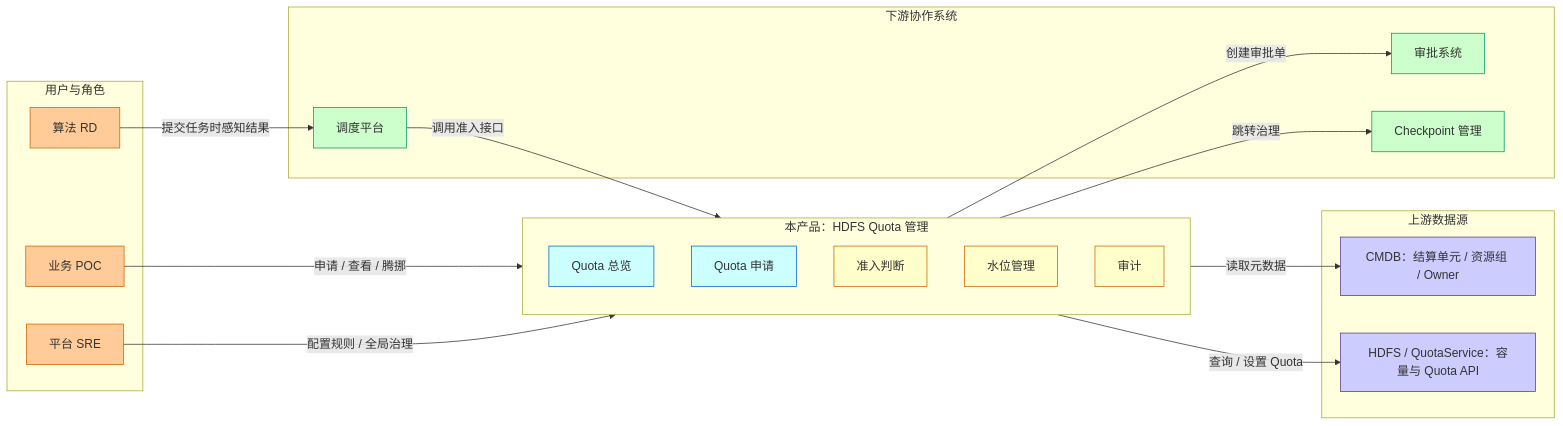
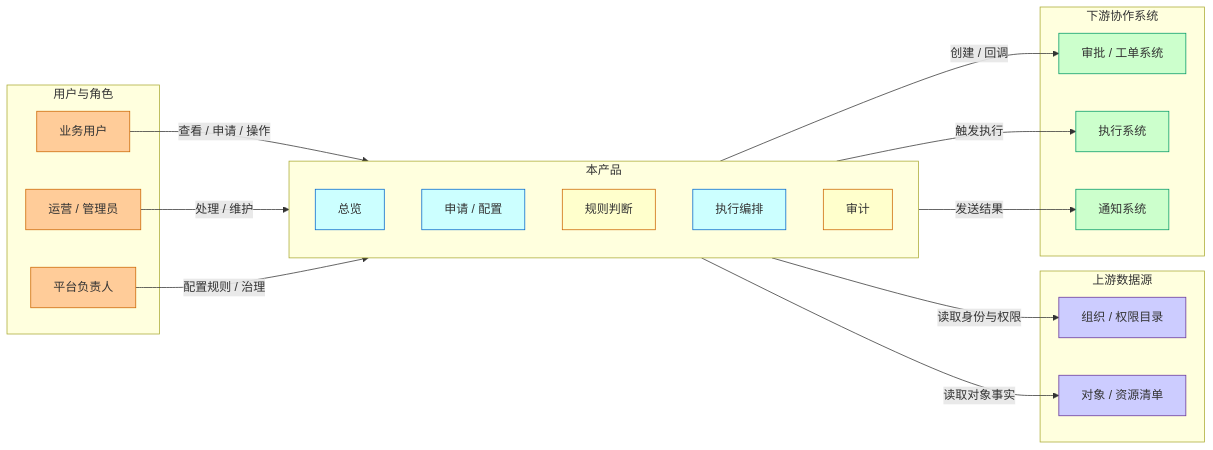
Before and after one commit to xyjunco/junco-skill: the third of 9 diagrams in references/diagram-patterns.md, drawn with Mermaid. The commit also changed other lines of this file and 4 other files, not shown here.

````diff
--- a/references/diagram-patterns.md
+++ b/references/diagram-patterns.md
@@ -125,50 +125,50 @@
 ```mermaid
 graph LR
   subgraph Users["用户与角色"]
-    POC["业务 POC"]
-    SRE["平台 SRE"]
-    RD["算法 RD"]
+    BusinessUser["业务用户"]
+    Operator["运营 / 管理员"]
+    PlatformOwner["平台负责人"]
   end
 
-  subgraph Product["本产品：HDFS Quota 管理"]
-    Overview["Quota 总览"]
-    Request["Quota 申请"]
-    Admission["准入判断"]
-    Watermark["水位管理"]
+  subgraph Product["本产品"]
+    Overview["总览"]
+    Request["申请 / 配置"]
+    Rule["规则判断"]
+    Execution["执行编排"]
     Audit["审计"]
   end
 
   subgraph Upstream["上游数据源"]
-    CMDB["CMDB：结算单元 / 资源组 / Owner"]
-    HDFS["HDFS / QuotaService：容量与 Quota API"]
+    Directory["组织 / 权限目录"]
+    Inventory["对象 / 资源清单"]
   end
 
   subgraph Downstream["下游协作系统"]
-    Scheduler["调度平台"]
-    BPM["审批系统"]
-    Ckpt["Checkpoint 管理"]
+    Workflow["审批 / 工单系统"]
+    Runtime["执行系统"]
+    Notify["通知系统"]
   end
 
-  POC -- "申请 / 查看 / 腾挪" --> Product
-  SRE -- "配置规则 / 全局治理" --> Product
-  RD -- "提交任务时感知结果" --> Scheduler
-  Product -- "读取元数据" --> CMDB
-  Product -- "查询 / 设置 Quota" --> HDFS
-  Scheduler -- "调用准入接口" --> Product
-  Product -- "创建审批单" --> BPM
-  Product -- "跳转治理" --> Ckpt
+  BusinessUser -- "查看 / 申请 / 操作" --> Product
+  Operator -- "处理 / 维护" --> Product
+  PlatformOwner -- "配置规则 / 治理" --> Product
+  Product -- "读取身份与权限" --> Directory
+  Product -- "读取对象事实" --> Inventory
+  Product -- "创建 / 回调" --> Workflow
+  Product -- "触发执行" --> Runtime
+  Product -- "发送结果" --> Notify
 
-  class POC,SRE,RD actor;
-  class Overview,Request core;
-  class Admission,Watermark,Audit control;
-  class CMDB,HDFS data;
-  class Scheduler,BPM,Ckpt runtime;
+  class BusinessUser,Operator,PlatformOwner actor;
+  class Overview,Request,Execution core;
+  class Rule,Audit control;
+  class Directory,Inventory data;
+  class Workflow,Runtime,Notify runtime;
 
   classDef actor fill:#FFCC99,stroke:#CC6600,color:#333333;
   classDef core fill:#CCFFFF,stroke:#0066CC,color:#333333;
   classDef runtime fill:#CCFFCC,stroke:#009966,color:#333333;
   classDef control fill:#FFFFCC,stroke:#CC6600,color:#333333;
   classDef data fill:#CCCCFF,stroke:#663399,color:#333333;
   classDef risk fill:#FFCCCC,stroke:#CC3333,color:#333333;
   classDef neutral fill:#FFFFFF,stroke:#999999,color:#333333;
 ```
````
